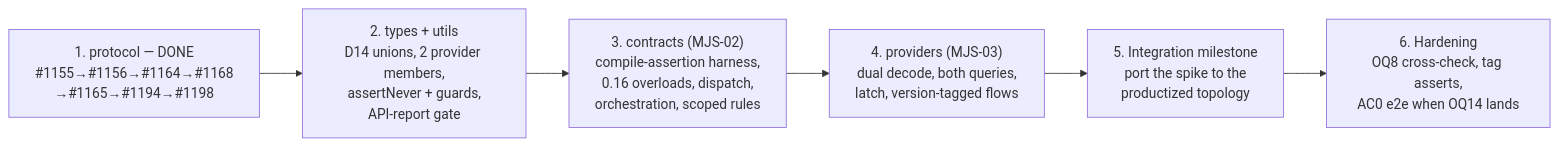
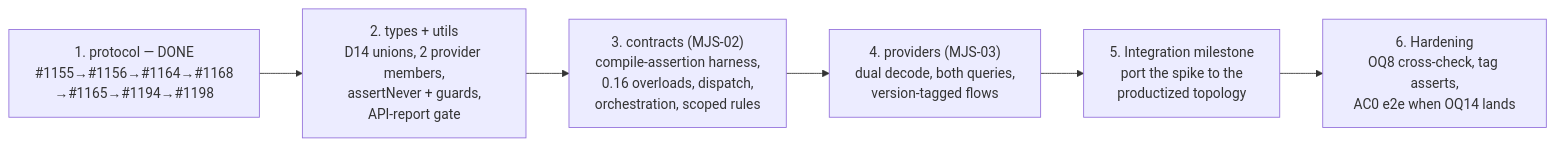
One commit to midnightntwrk/midnight-js changed the tenth of 10 diagrams in docs/architecture/2026-08-05-ledger-v8-v9-dual-support-architecture.md. Above: the diagram before and after it, drawn with Mermaid. The commit also changed other lines of this file and 12 other files, not shown here.

````diff
--- a/docs/architecture/2026-08-05-ledger-v8-v9-dual-support-architecture.md
+++ b/docs/architecture/2026-08-05-ledger-v8-v9-dual-support-architecture.md
@@ -534,8 +534,8 @@
 ```mermaid
 flowchart LR
     s1["1. protocol — DONE<br/>#1155→#1156→#1164→#1168<br/>→#1165→#1194→#1198"] --> s2["2. types + utils<br/>D14 unions, 2 provider members,<br/>assertNever + guards,<br/>API-report gate"]
     s2 --> s3["3. contracts (MJS-02)<br/>compile-assertion harness,<br/>0.16 overloads, dispatch,<br/>orchestration, scoped rules"]
-    s3 --> s4["4. providers (MJS-03)<br/>dual decode, both queries,<br/>latch, version-tagged flows"]
+    s3 --> s4["4. providers (MJS-03)<br/>dual decode, both queries,<br/>version-tagged flows"]
     s4 --> s5["5. Integration milestone<br/>port the spike to the<br/>productized topology"]
     s5 --> s6["6. Hardening<br/>OQ8 cross-check, tag asserts,<br/>AC0 e2e when OQ14 lands"]
 ```
````
